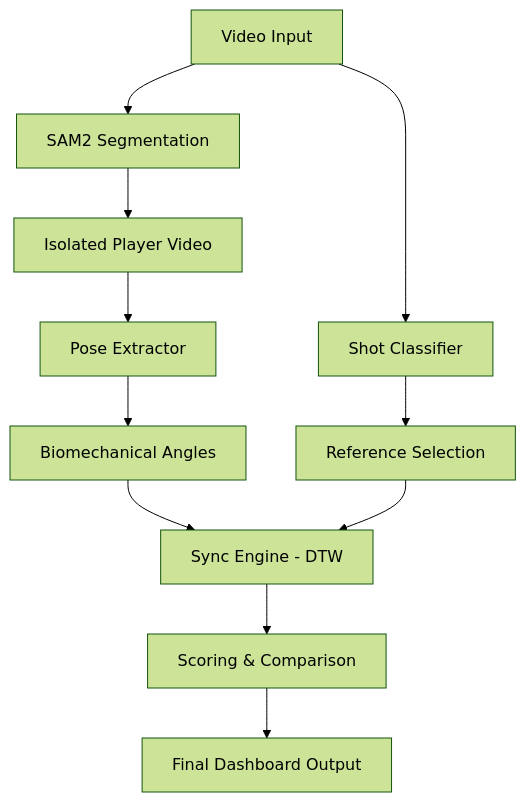
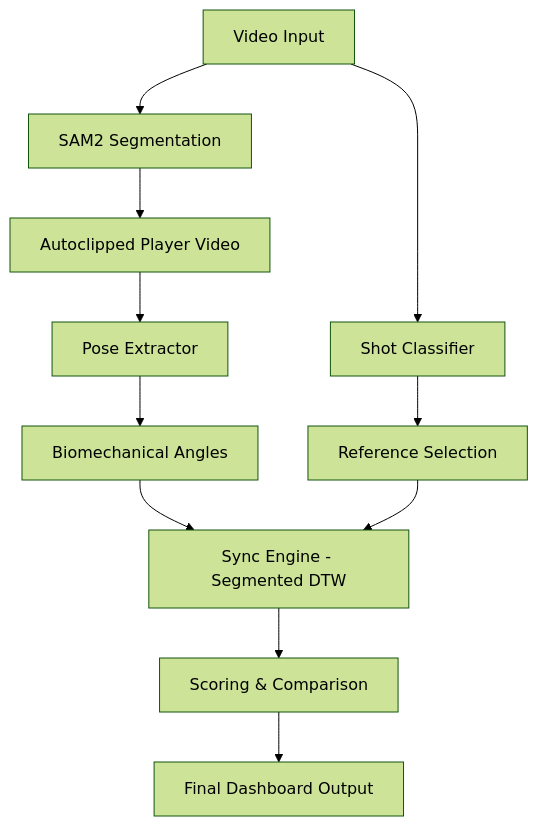
The first of 2 diagrams in README.md (milansinghal2004/AthletiQ), drawn with Mermaid (forest theme) before and after one commit. The commit also changed other lines of this file, not shown here.

Commit message:
docs: update README with Segmented DTW, Autoclipping, and Phase Detection features

````diff
--- a/README.md
+++ b/README.md
@@ -22,13 +23,13 @@
 ```mermaid
 graph TD
     A[Video Input] --> B[Shot Classifier]
     A --> C[SAM2 Segmentation]
     B --> D[Reference Selection]
-    C --> E[Isolated Player Video]
+    C --> E[Autoclipped Player Video]
     E --> F[Pose Extractor]
     F --> G[Biomechanical Angles]
-    G --> H[Sync Engine - DTW]
+    G --> H[Sync Engine - Segmented DTW]
     D --> H
     H --> I[Scoring & Comparison]
     I --> J[Final Dashboard Output]
 ```
````
